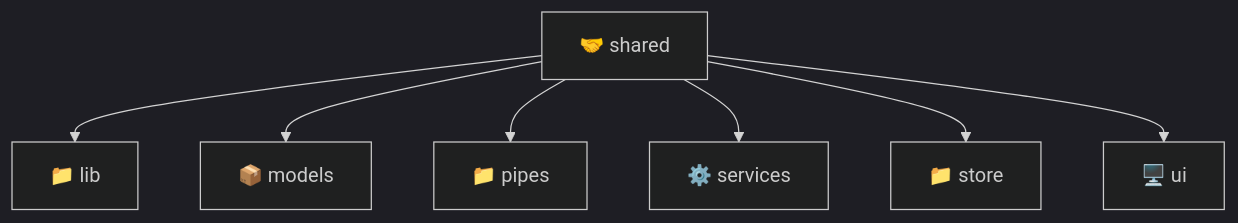
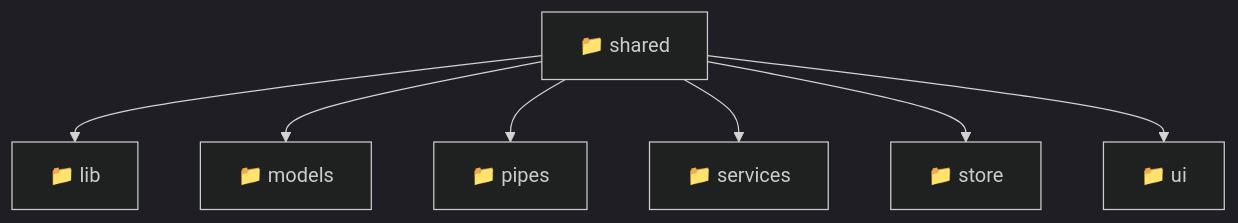
The diagram in frontend/src/shared/README.md (beginwebdev2002/fullstack-mavluda), drawn with Mermaid (dark theme) before and after one commit. The commit also changed other lines of this file and 155 other files, not shown here.

````diff
--- a/frontend/src/shared/README.md
+++ b/frontend/src/shared/README.md
@@ -9,10 +11,10 @@
 ```mermaid
 graph TD
-  shared[🤝 shared]
-  shared --> lib[📁 lib]
-  shared --> models[📦 models]
-  shared --> pipes[📁 pipes]
-  shared --> services[⚙️ services]
-  shared --> store[📁 store]
-  shared --> ui[🖥️ ui]
+  shared[📁 shared]
+  shared --> shared_lib[📁 lib]
+  shared --> shared_models[📁 models]
+  shared --> shared_pipes[📁 pipes]
+  shared --> shared_services[📁 services]
+  shared --> shared_store[📁 store]
+  shared --> shared_ui[📁 ui]
 ```
````
